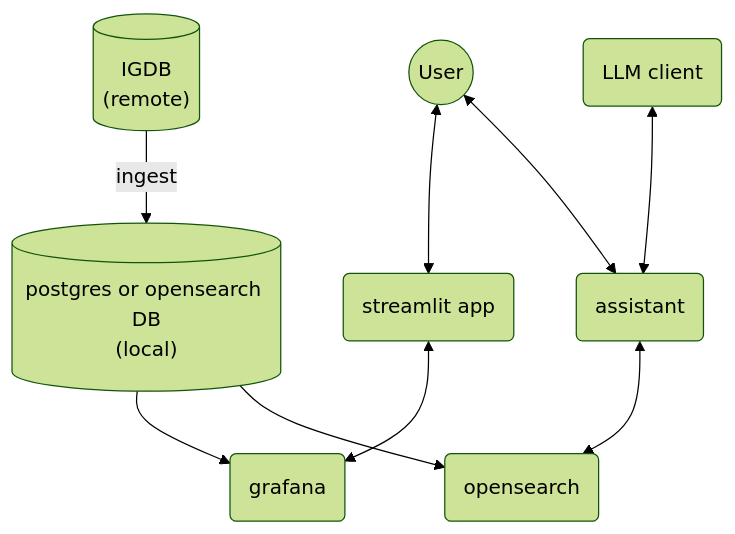
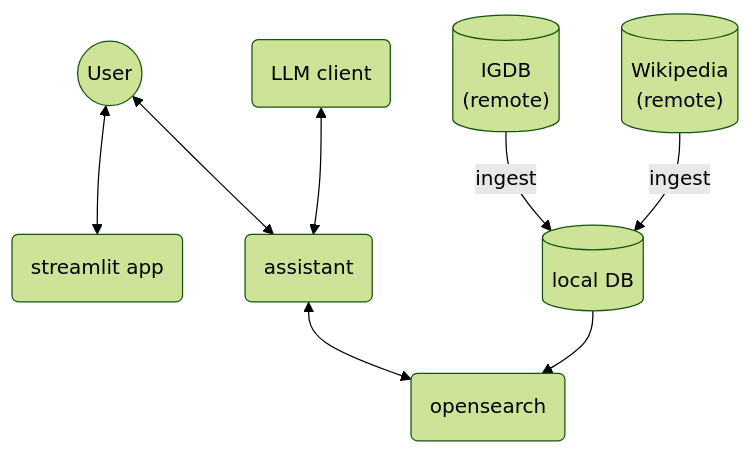
The first of 5 diagrams in README.md (pedro-cardoso16/video-game-knowledge-assistant), drawn with Mermaid (forest theme) before and after one commit. The commit also changed other lines of this file and 17 other files, not shown here.

````diff
--- a/README.md
+++ b/README.md
@@ -18,11 +51,10 @@
 ```mermaid
 graph TD
     User <-->  App(streamlit app)
     LLM(LLM client) <--> Assistant
     User((User)) <--> Assistant(assistant)
     Assistant <--> OpenSearch
-    B --> G(grafana)
     B --> OpenSearch(opensearch) 
-    App <--> G
-    IGDB[("IGDB\n(remote)")] -->|ingest| B[("postgres or opensearch DB\n(local)")]
+    IGDB[("IGDB\n(remote)")] -->|ingest| B[("local DB")]
+    WIKIPEDIA[("Wikipedia\n(remote)")] -->|ingest| B
 ```
````
